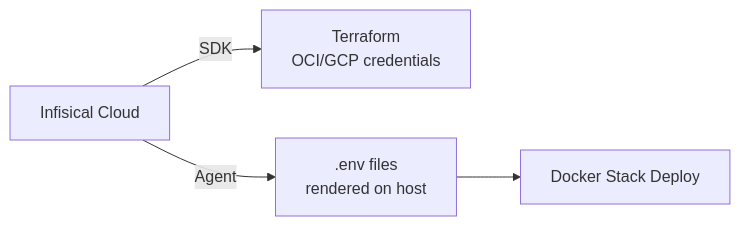
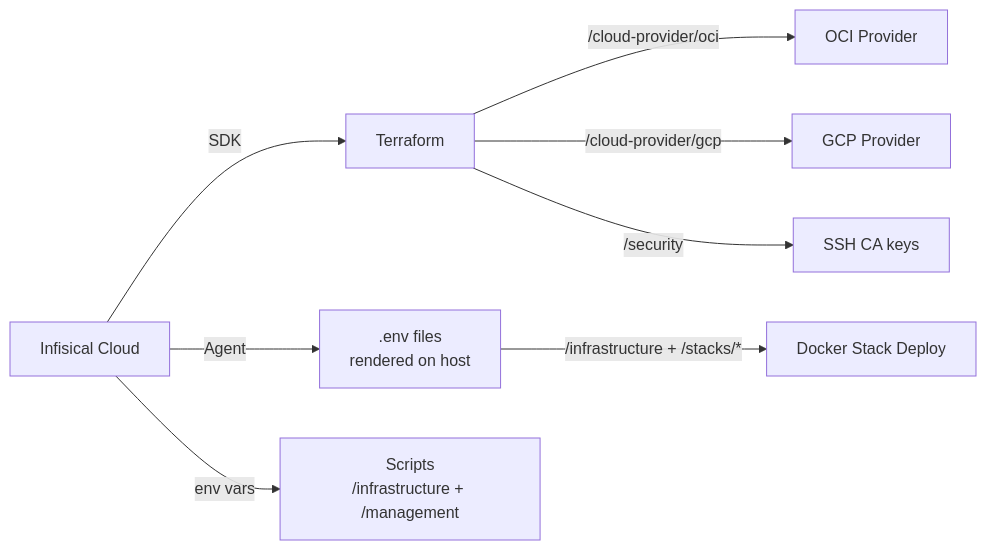
Before and after one commit to JoseStud/GoodOldMeServer: the diagram in docs/infisical-workflow.md, drawn with Mermaid. The commit also changed other lines of this file and 5 other files, not shown here.

Commit message:
chore: update documentation and scripts for Infisical integration, enhance Terraform variable management, and improve Cloudflare DNS script

````diff
--- a/docs/infisical-workflow.md
+++ b/docs/infisical-workflow.md
@@ -9,6 +9,10 @@
 ```mermaid
 flowchart LR
-    INF[Infisical Cloud] -->|SDK| TF[Terraform<br/>OCI/GCP credentials]
+    INF[Infisical Cloud] -->|SDK| TF[Terraform]
+    TF -->|/cloud-provider/oci| OCI[OCI Provider]
+    TF -->|/cloud-provider/gcp| GCP[GCP Provider]
+    TF -->|/security| SEC[SSH CA keys]
     INF -->|Agent| ENV[.env files<br/>rendered on host]
-    ENV --> STACKS[Docker Stack Deploy]
+    ENV -->|/infrastructure + /stacks/*| STACKS[Docker Stack Deploy]
+    INF -->|env vars| SCRIPTS[Scripts<br/>/infrastructure + /management]
 ```
````
